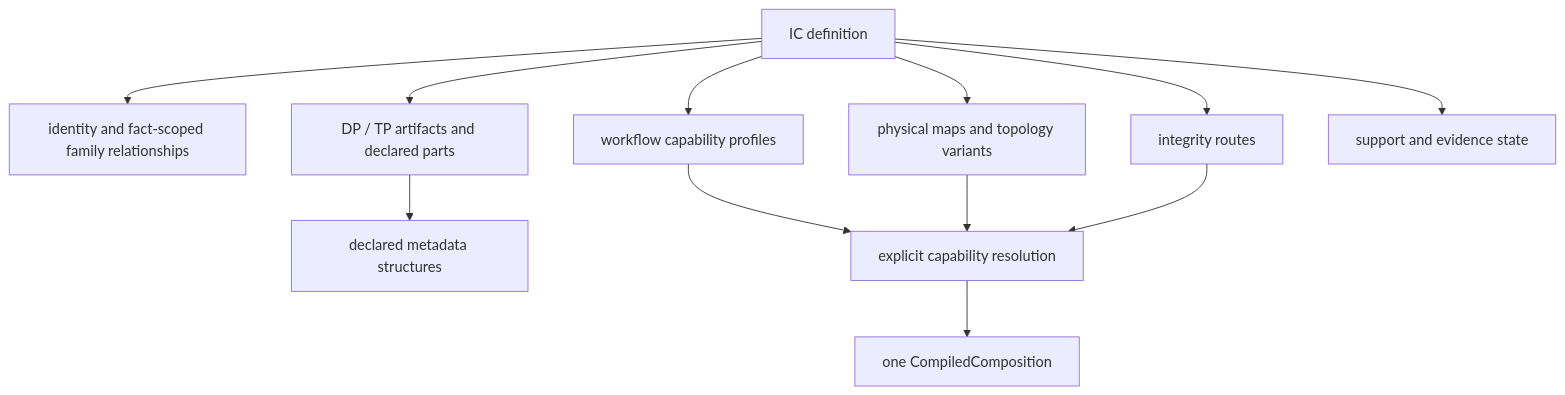
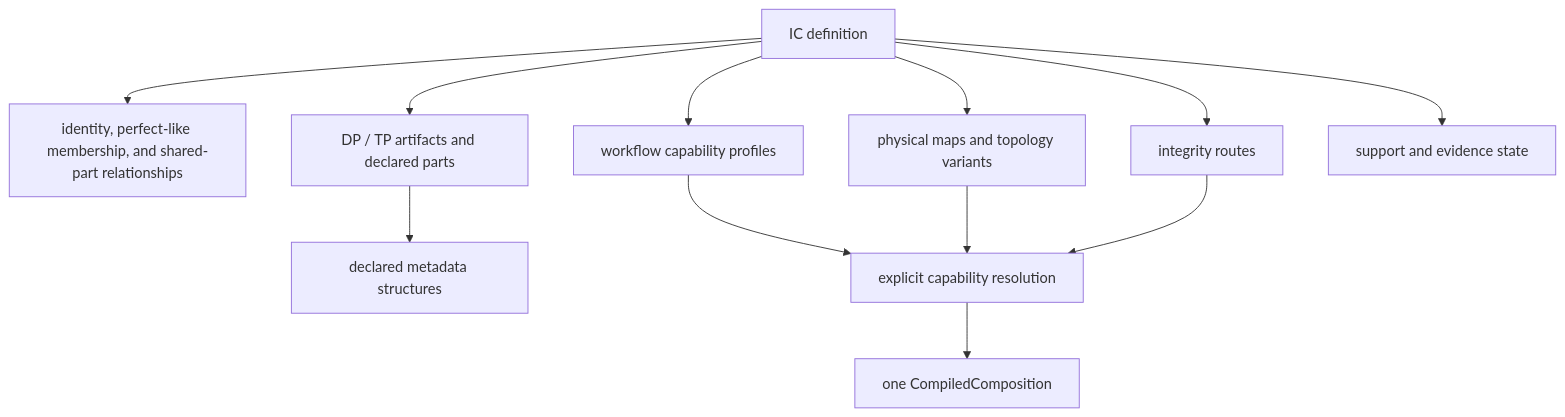
The diagram in docs/architecture/0.10.x-maintainability-resolution-and-ownership.md (Dennis40816/nvt_fw_combiner), drawn with Mermaid before and after one commit. The commit also changed other lines of this file and 48 other files, not shown here.

````diff
--- a/docs/architecture/0.10.x-maintainability-resolution-and-ownership.md
+++ b/docs/architecture/0.10.x-maintainability-resolution-and-ownership.md
@@ -18,14 +18,14 @@
 ```mermaid
 flowchart TD
-    IC["IC definition"] --> Identity["identity and fact-scoped family relationships"]
+    IC["IC definition"] --> Identity["identity, perfect-like membership, and shared-part relationships"]
     IC --> Maps["physical maps and topology variants"]
     IC --> Artifacts["DP / TP artifacts and declared parts"]
     IC --> Workflows["workflow capability profiles"]
     IC --> Integrity["integrity routes"]
     IC --> Evidence["support and evidence state"]
     Artifacts --> Metadata["declared metadata structures"]
     Workflows --> Resolution["explicit capability resolution"]
     Maps --> Resolution
     Integrity --> Resolution
     Resolution --> Compiled["one CompiledComposition"]
 ```
````
